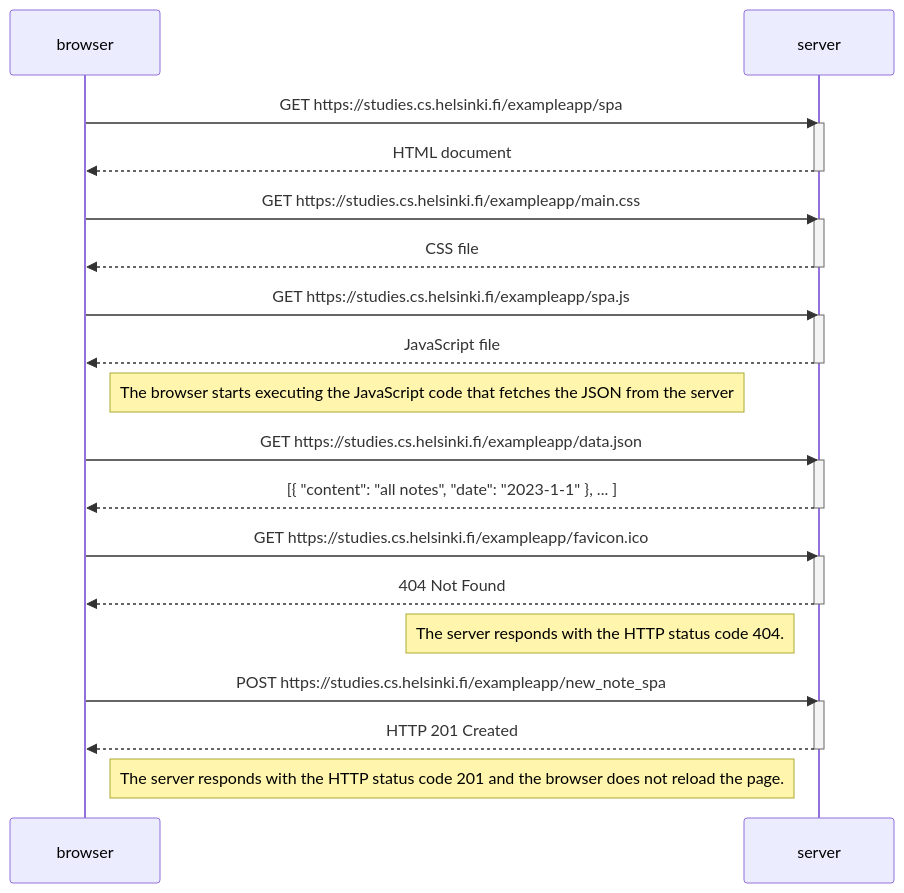
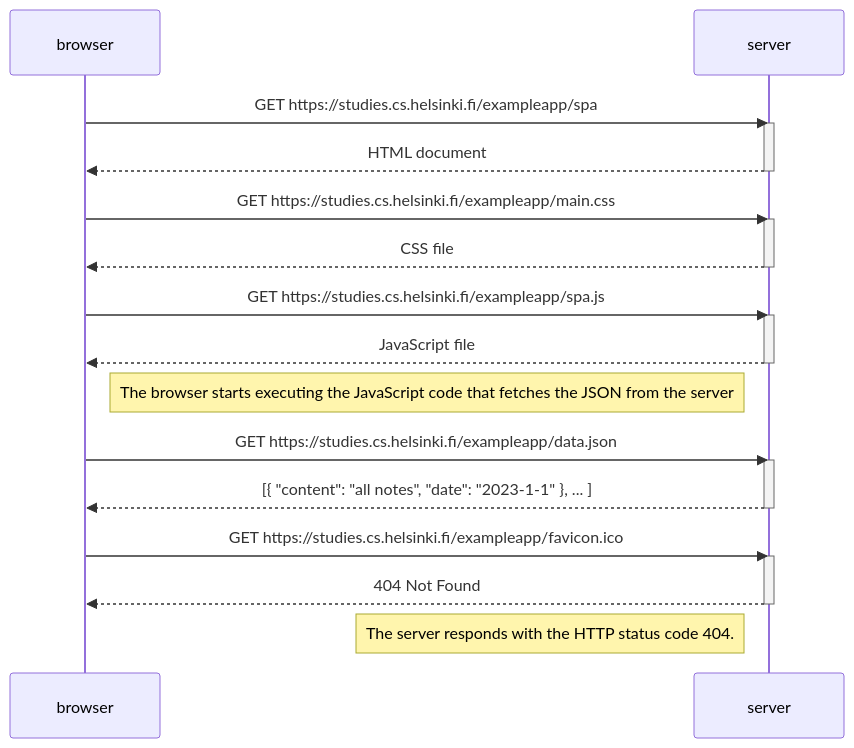
One commit to floreesleo/fullstackopen-solutions changed the diagram in part0/05-Diagrama.md. Above: the diagram before and after it, drawn with Mermaid.

Commit message:
fix: :warning: Cambios en Diagrama Mermaid 05
Se elimina una sentencia que no se pidió en el ejercicio, el cual se utilizaba en el siguiente ejercicio.

```diff
--- a/part0/05-Diagrama.md
+++ b/part0/05-Diagrama.md
@@ -1,43 +1,36 @@
 :::mermaid
 
 sequenceDiagram
 participant browser
 participant server
 
     browser->>server: GET https://studies.cs.helsinki.fi/exampleapp/spa
     activate server
     server-->>browser: HTML document
     deactivate server
 
     browser->>server: GET https://studies.cs.helsinki.fi/exampleapp/main.css
     activate server
     server-->>browser: CSS file
     deactivate server
 
     browser->>server: GET https://studies.cs.helsinki.fi/exampleapp/spa.js
     activate server
     server-->>browser: JavaScript file
     deactivate server
 
     Note right of browser: The browser starts executing the JavaScript code that fetches the JSON from the server
 
     browser->>server: GET https://studies.cs.helsinki.fi/exampleapp/data.json
     activate server
     server-->>browser: [{ "content": "all notes", "date": "2023-1-1" }, ... ]
     deactivate server
 
     browser->>server: GET https://studies.cs.helsinki.fi/exampleapp/favicon.ico
     activate server
     server-->>browser: 404 Not Found
     deactivate server
 
     Note left of server: The server responds with the HTTP status code 404.
 
-    browser->>server: POST https://studies.cs.helsinki.fi/exampleapp/new_note_spa
-    activate server
-    server-->>browser: HTTP 201 Created
-    deactivate server
-
-    Note left of server: The server responds with the HTTP status code 201 and the browser does not reload the page.
-
 :::
```
